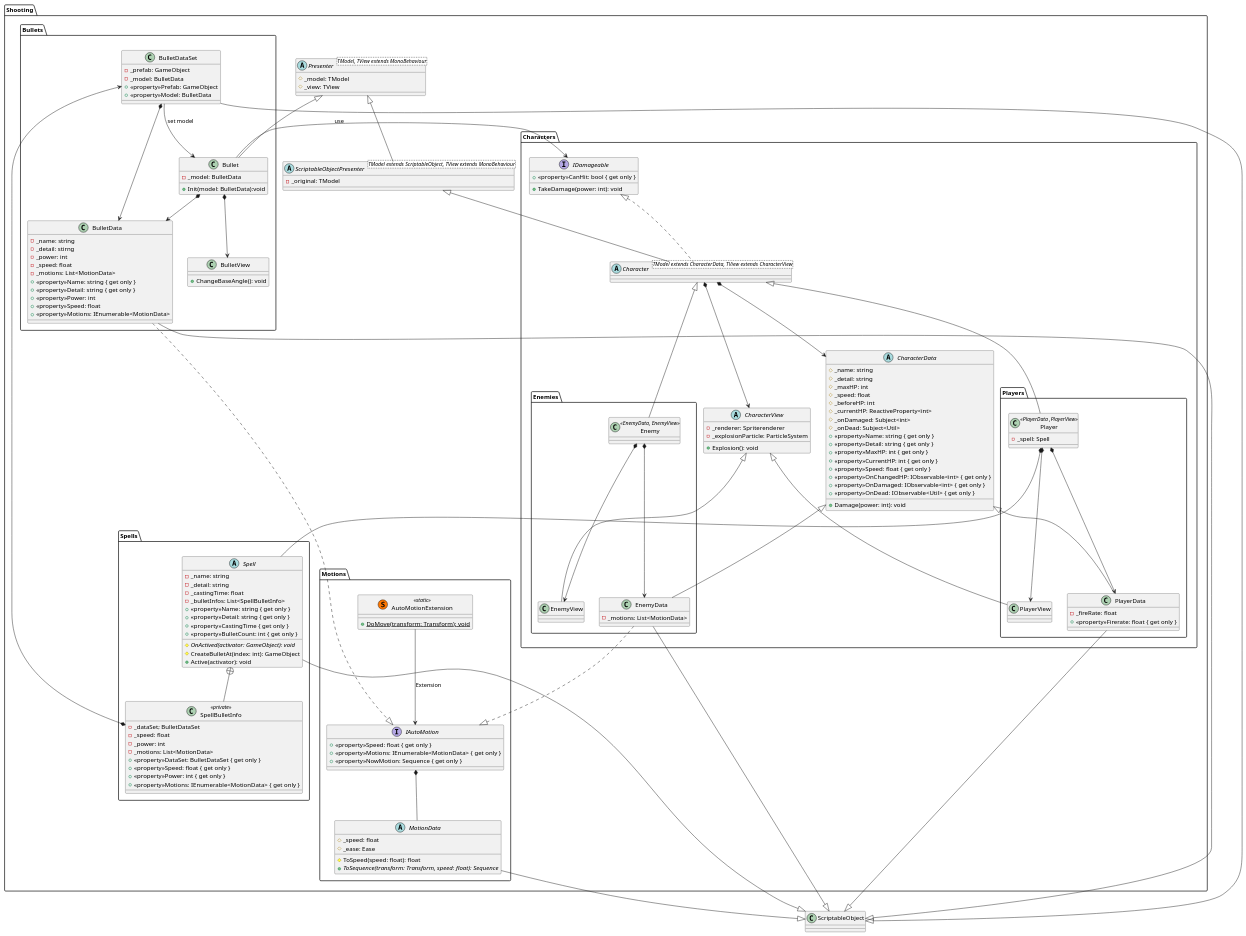
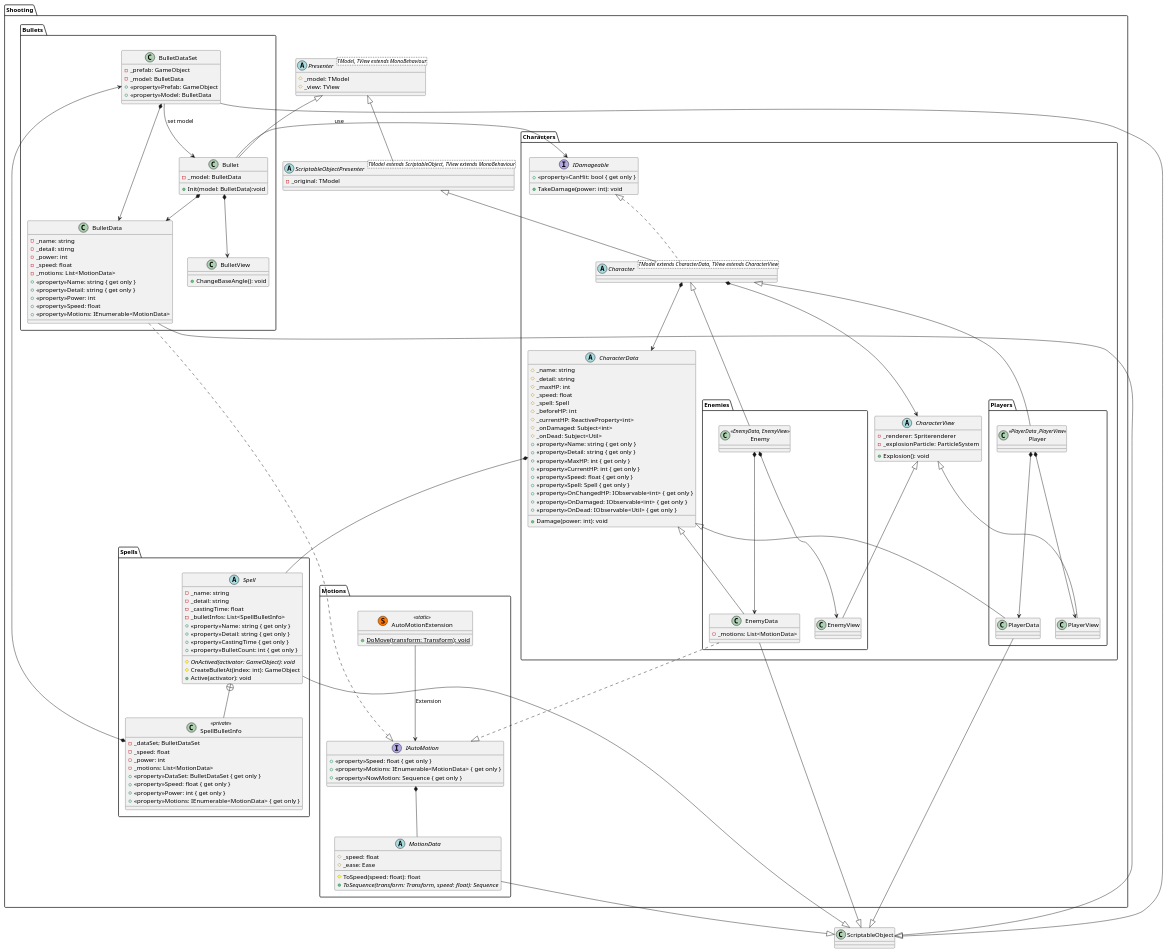
Before and after one commit to nmskm240/MagicalShooter: the diagram in Assets/UML/ClassDiaglam.pu, drawn with PlantUML. The commit also changed 8 other files, not shown here.

```diff
--- a/Assets/UML/ClassDiaglam.pu
+++ b/Assets/UML/ClassDiaglam.pu
@@ -1,193 +1,188 @@
 @startuml Shooting
 
 package Shooting
 {
     package Bullets
     {
         class Bullet
         {
             -_model: BulletData
             +Init(model: BulletData):void
         }
         class BulletData
         {
             -_name: string
             -_detail: stirng
             -_power: int
             -_speed: float
             -_motions: List<MotionData>
             +<<property>>Name: string { get only }
             +<<property>>Detail: string { get only }
             +<<property>>Power: int
             +<<property>>Speed: float
             +<<property>>Motions: IEnumerable<MotionData>
         }
         class BulletDataSet
         {
             -_prefab: GameObject
             -_model: BulletData
             +<<property>>Prefab: GameObject
             +<<property>>Model: BulletData
         }
         class BulletView
         {
             +ChangeBaseAngle(): void
         }
     }
     package Characters
     {
         package Enemies
         {
             class Enemy<<EnemyData, EnemyView>>
             class EnemyData
             {
                 -_motions: List<MotionData>
             }
             class EnemyView
         }
         package Players
         {
             class Player<<PlayerData ,PlayerView>>
-            {
-                -_spell: Spell
-            }
             class PlayerData
-            {
-                -_fireRate: float
-                +<<property>>Firerate: float { get only }
-            }
             class PlayerView
         }
         abstract Character<TModel extends CharacterData, TView extends CharacterView>
         abstract CharacterData
         {
             #_name: string
             #_detail: string
             #_maxHP: int
             #_speed: float
+            #_spell: Spell
             #_beforeHP: int
             #_currentHP: ReactiveProperty<int>
             #_onDamaged: Subject<int>
             #_onDead: Subject<Util>
             +<<property>>Name: string { get only }
             +<<property>>Detail: string { get only }
             +<<property>>MaxHP: int { get only }
             +<<property>>CurrentHP: int { get only }
             +<<property>>Speed: float { get only }
+            +<<property>>Spell: Spell { get only }
             +<<property>>OnChangedHP: IObservable<int> { get only }
             +<<property>>OnDamaged: IObservable<int> { get only }
             +<<property>>OnDead: IObservable<Util> { get only }
             +Damage(power: int): void
         }
         abstract CharacterView
         {
             -_renderer: Spriterenderer
             -_explosionParticle: ParticleSystem
             +Explosion(): void
         }
         interface IDamageable
         {
             +<<property>>CanHit: bool { get only }
             +TakeDamage(power: int): void
         }
     }
     package Motions
     {
         class AutoMotionExtension<<(S,#FF7700) static>>
         {
             +{static}DoMove(transform: Transform): void
         }
         abstract MotionData
         {
             #_speed: float
             #_ease: Ease
             #ToSpeed(speed: float): float
             +{abstract}ToSequence(transform: Transform, speed: float): Sequence
         }
         interface IAutoMotion
         {
             +<<property>>Speed: float { get only }
             +<<property>>Motions: IEnumerable<MotionData> { get only }
             +<<property>>NowMotion: Sequence { get only }
         }
     }
     package Spells
     {
         class SpellBulletInfo<<private>>
         {
             -_dataSet; BulletDataSet
             -_speed: float
             -_power: int
             -_motions: List<MotionData>
             +<<property>>DataSet: BulletDataSet { get only }
             +<<property>>Speed: float { get only }
             +<<property>>Power: int { get only }
             +<<property>>Motions: IEnumerable<MotionData> { get only }
         }
         abstract Spell
         {
             -_name: string
             -_detail: string
             -_castingTime: float
             -_bulletInfos: List<SpellBulletInfo>
             +<<property>>Name: string { get only }
             +<<property>>Detail: string { get only }
             +<<property>>CastingTime { get only }
             +<<property>>BulletCount: int { get only }
             #{abstract}OnActived(activator: GameObject): void
             #CreateBulletAt(index: int): GameObject
             +Active(activator): void
         }
     }
     abstract Presenter<TModel, TView extends MonoBehaviour>
     {
         #_model: TModel
         #_view: TView
     }
     abstract ScriptableObjectPresenter<TModel extends ScriptableObject, TView extends MonoBehaviour>
     {
         -_original: TModel
     }
 }
 
 BulletData --|> ScriptableObject
 BulletDataSet --|> ScriptableObject
 EnemyData --|> ScriptableObject
 PlayerData --|> ScriptableObject
 MotionData --|> ScriptableObject
 Spell --|> ScriptableObject
 ScriptableObjectPresenter -up-|> Presenter
 Character -up-|> ScriptableObjectPresenter
 Bullet -up-|> Presenter
 Enemy -up-|> Character
 EnemyData -up-|> CharacterData
 EnemyView -up-|> CharacterView
 Player -up-|> Character
 PlayerData -up-|> CharacterData
 PlayerView -up-|> CharacterView
 
 Character .up.|> IDamageable
 BulletData ..|> IAutoMotion
 EnemyData ..|> IAutoMotion
 
-Player *-- Spell
+CharacterData *-- Spell
 IAutoMotion *-- MotionData
 
 Bullet *--> BulletData
 Bullet *--> BulletView
 BulletDataSet *--> BulletData
 Character *--> CharacterData
 Character *--> CharacterView
 Enemy *--> EnemyData
 Enemy *--> EnemyView
 Player *--> PlayerData
 Player *--> PlayerView
 SpellBulletInfo *--> BulletDataSet
 
 BulletDataSet --> Bullet : set model
 Bullet --> IDamageable : use
 AutoMotionExtension --> IAutoMotion : Extension
 
 Spell +-- SpellBulletInfo
 
 @enduml
```
